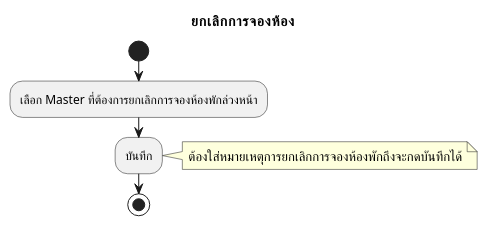
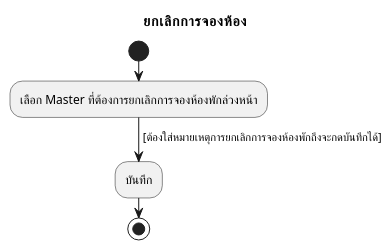
Before and after one commit to cheat13/Prompiman_Diagram: the diagram in activity-diagram/reservation/cancelreservation.md, drawn with PlantUML. The commit also changed 19 other files, not shown here.

```diff
--- a/activity-diagram/reservation/cancelreservation.md
+++ b/activity-diagram/reservation/cancelreservation.md
@@ -1,10 +1,10 @@
 @startuml
 title ยกเลิกการจองห้อง
 start
 :เลือก Master ที่ต้องการยกเลิกการจองห้องพักล่วงหน้า;
+-> [ต้องใส่หมายเหตุการยกเลิกการจองห้องพักถึงจะกดบันทึกได้];
 :บันทึก;
-note right
-ต้องใส่หมายเหตุการยกเลิกการจองห้องพักถึงจะกดบันทึกได้
-end note
+
+
 stop
 @enduml
```
